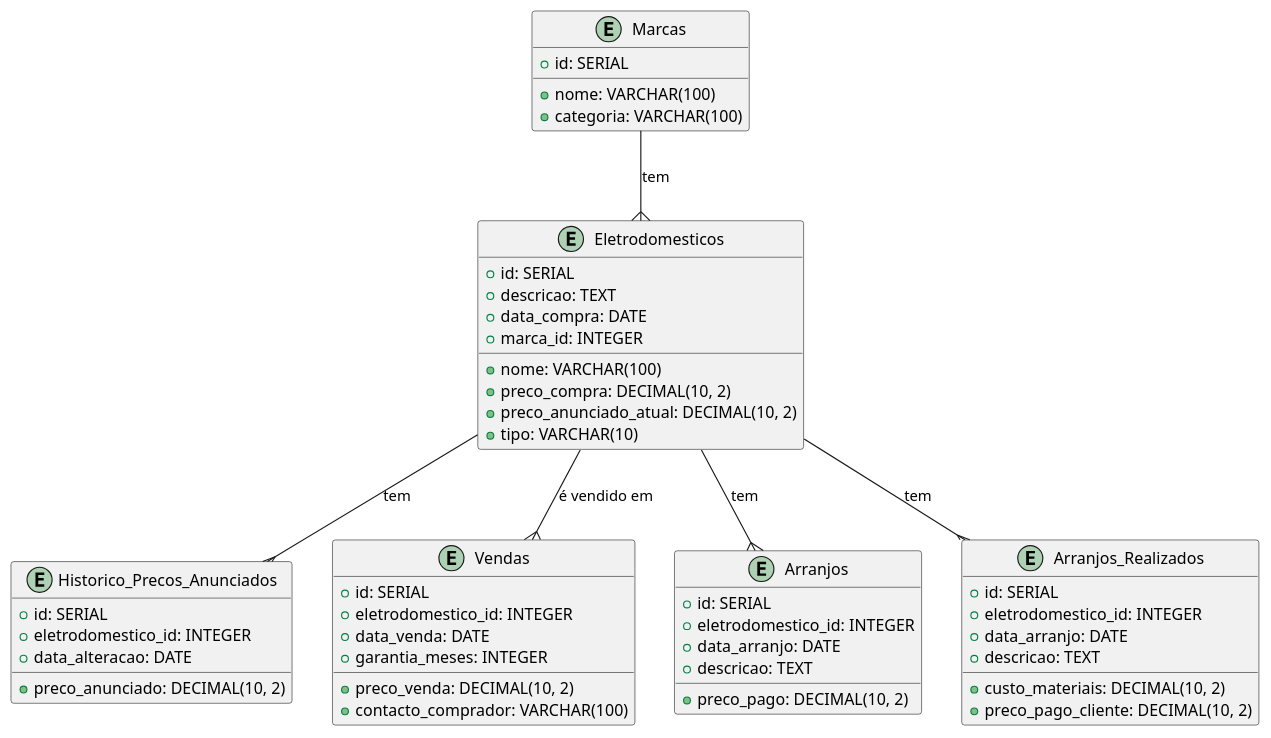
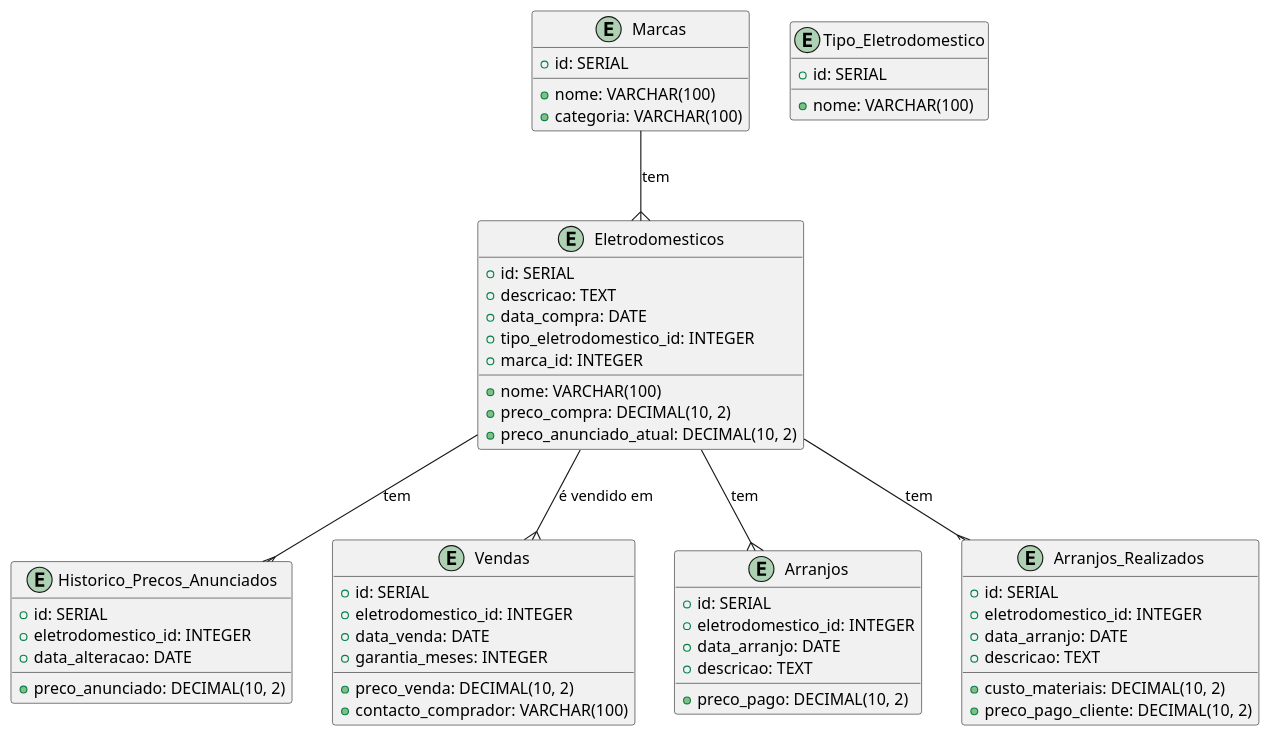
The diagram in docs/dominio/dominio.puml (1191830/machineStockControl), drawn with PlantUML before and after one commit. The commit also changed 29 other files, not shown here.

```diff
--- a/docs/dominio/dominio.puml
+++ b/docs/dominio/dominio.puml
@@ -1,59 +1,64 @@
 @startuml
 
 entity "Marcas" as M {
   +id: SERIAL
   +nome: VARCHAR(100)
   +categoria: VARCHAR(100)
+}
+
+entity "Tipo_Eletrodomestico" as T {
+  +id: SERIAL
+  +nome: VARCHAR(100)
 }
 
 entity "Eletrodomesticos" as E {
   +id: SERIAL
   +nome: VARCHAR(100)
   +descricao: TEXT
   +data_compra: DATE
   +preco_compra: DECIMAL(10, 2)
   +preco_anunciado_atual: DECIMAL(10, 2)
-  +tipo: VARCHAR(10)
+  +tipo_eletrodomestico_id: INTEGER  
   +marca_id: INTEGER
 }
 
 entity "Historico_Precos_Anunciados" as H {
   +id: SERIAL
   +eletrodomestico_id: INTEGER
   +preco_anunciado: DECIMAL(10, 2)
   +data_alteracao: DATE
 }
 
 entity "Vendas" as V {
   +id: SERIAL
   +eletrodomestico_id: INTEGER
   +data_venda: DATE
   +preco_venda: DECIMAL(10, 2)
   +garantia_meses: INTEGER
   +contacto_comprador: VARCHAR(100)
 }
 
 entity "Arranjos" as A {
   +id: SERIAL
   +eletrodomestico_id: INTEGER
   +data_arranjo: DATE
   +descricao: TEXT
   +preco_pago: DECIMAL(10, 2)
 }
 
 entity "Arranjos_Realizados" as AR {
   +id: SERIAL
   +eletrodomestico_id: INTEGER
   +data_arranjo: DATE
   +descricao: TEXT
   +custo_materiais: DECIMAL(10, 2)
   +preco_pago_cliente: DECIMAL(10, 2)
 }
 
 M --{ E : "tem"
 E --{ H : "tem" 
 E --{ V : "é vendido em"
 E --{ A : "tem" 
 E --{ AR : "tem"
 
 @enduml
```
